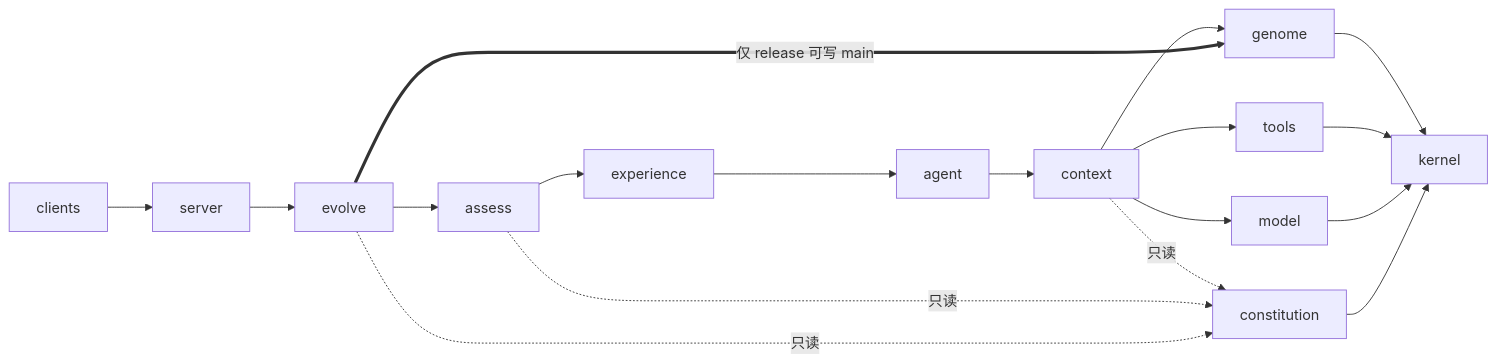
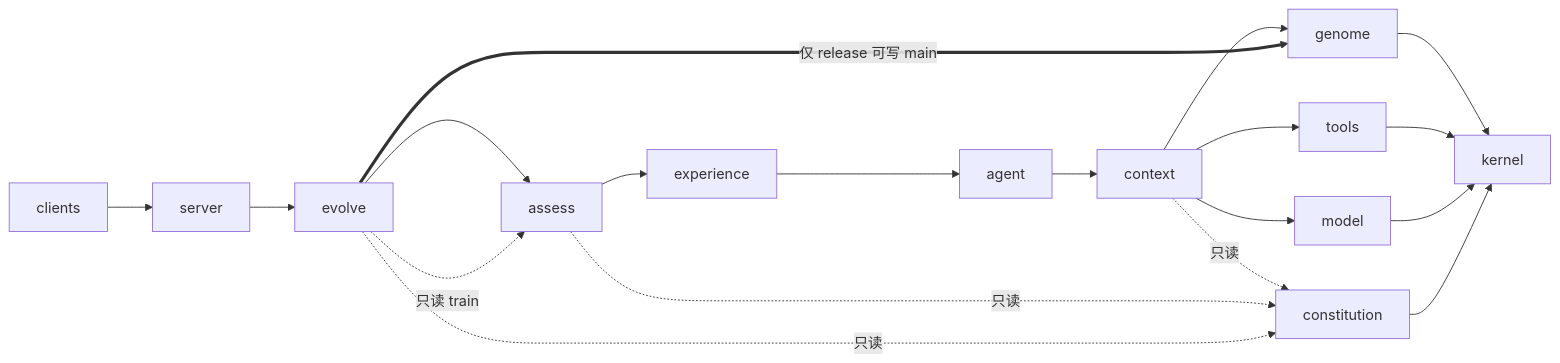
Diagram 12 of 12 in docs/self-evolution-architecture.md (LB-Young/Auton), drawn with Mermaid before and after one commit. The commit also changed other lines of this file, not shown here.

````diff
--- a/docs/self-evolution-architecture.md
+++ b/docs/self-evolution-architecture.md
@@ -486,9 +726,10 @@
 ```mermaid
 flowchart LR
   clients --> server --> evolve --> assess --> experience --> agent --> context
   context --> genome & tools & model
   genome & tools & model --> kernel
   constitution --> kernel
   context & assess & evolve -.->|只读| constitution
   evolve ==>|"仅 release 可写 main"| genome
+  evolve -.->|"只读 train"| assess
 ```
````
